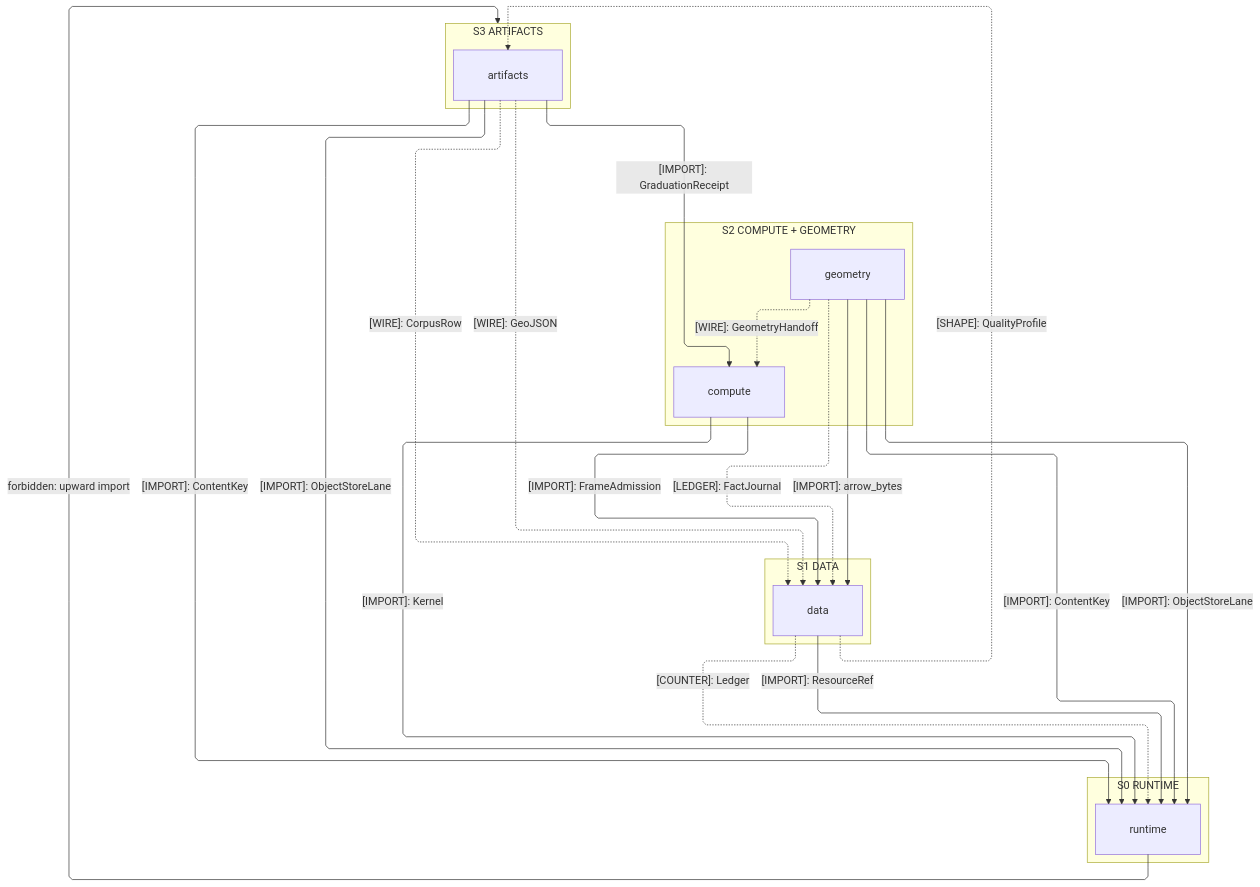
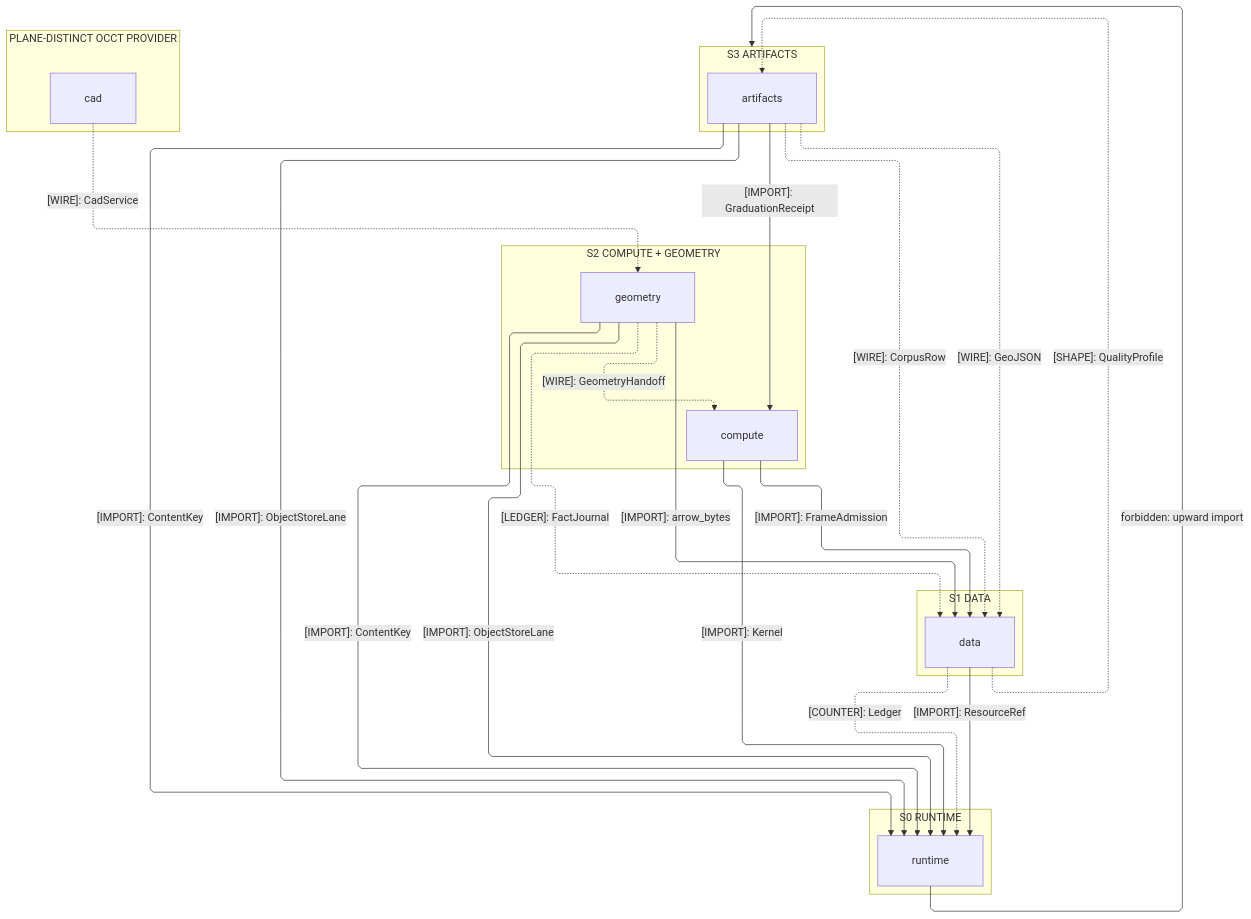
The first of 4 diagrams in libs/python/.planning/ARCHITECTURE.md (bsamiee/Rasm), drawn with Mermaid before and after one commit. The commit also changed other lines of this file and 820 other files, not shown here.

````diff
--- a/libs/python/.planning/ARCHITECTURE.md
+++ b/libs/python/.planning/ARCHITECTURE.md
@@ -31,42 +35,46 @@
 ```mermaid
 ---
 config:
   layout: elk
   flowchart:
     curve: linear
     padding: 25
 ---
 flowchart TB
     accTitle: Python branch import strata
     accDescr: Import strata from artifacts down to the runtime foundation, wire-grain crossings dashed beside the root-bound Ledger counter-edge.
     subgraph S3["S3 ARTIFACTS"]
         Artifacts[artifacts]
     end
     subgraph S2["S2 COMPUTE + GEOMETRY"]
         Compute[compute]
         Geometry[geometry]
     end
     subgraph S1["S1 DATA"]
         Data[data]
     end
     subgraph S0["S0 RUNTIME"]
         Runtime[runtime]
     end
+    subgraph ISO["PLANE-DISTINCT OCCT PROVIDER"]
+        Cad[cad]
+    end
     Artifacts e1@-->|"[IMPORT]: GraduationReceipt"| Compute
     Artifacts e2@-->|"[IMPORT]: ContentKey"| Runtime
     Artifacts e3@-->|"[IMPORT]: ObjectStoreLane"| Runtime
     Artifacts e4@-.->|"[WIRE]: CorpusRow"| Data
     Artifacts e5@-.->|"[WIRE]: GeoJSON"| Data
     Data e6@-.->|"[SHAPE]: QualityProfile"| Artifacts
     Compute e7@-->|"[IMPORT]: FrameAdmission"| Data
     Compute e8@-->|"[IMPORT]: Kernel"| Runtime
     Geometry e9@-->|"[IMPORT]: arrow_bytes"| Data
     Geometry e10@-.->|"[WIRE]: GeometryHandoff"| Compute
     Geometry e11@-.->|"[LEDGER]: FactJournal"| Data
     Geometry e12@-->|"[IMPORT]: ContentKey"| Runtime
     Geometry e13@-->|"[IMPORT]: ObjectStoreLane"| Runtime
     Data e14@-->|"[IMPORT]: ResourceRef"| Runtime
     Data e15@-.->|"[COUNTER]: Ledger"| Runtime
     Artifacts ~~~ Compute
     Runtime f1@-->|"forbidden: upward import"| S3
+    Cad e16@-.->|"[WIRE]: CadService"| Geometry
 ```
````
